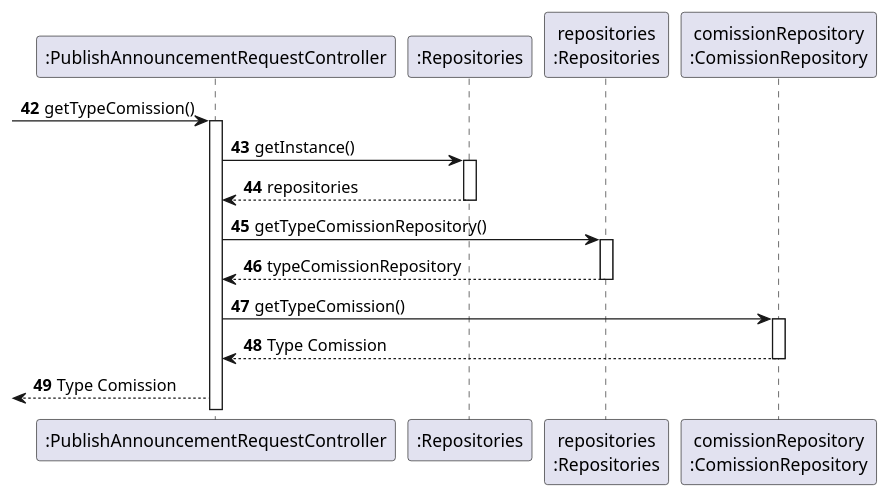
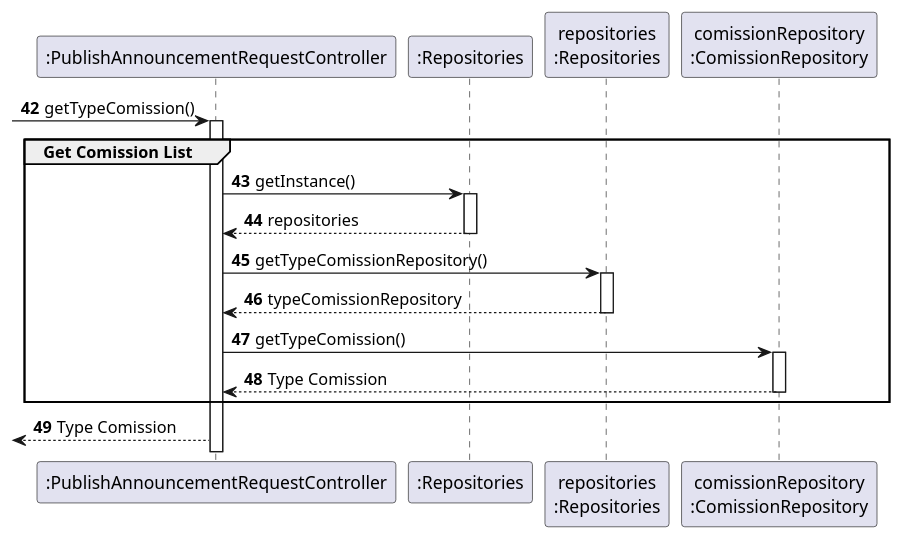
Before and after one commit to PureNimble/ISEP-LAPR2: the diagram in docs/sprintC/US08/03.design/puml/us08-sequence-diagram-partial-getComissionList.puml, drawn with PlantUML. The commit also changed 8 other files, not shown here.

Commit message:
US08-Updating the partial diagrams and adding the rest of the partial diagrams correcting names of the us08-system-diagram.puml to us08-system-diagram-full.puml and us08-system-diagram-full.puml to us08-system-diagram-split.puml

```diff
--- a/docs/sprintC/US08/03.design/puml/us08-sequence-diagram-partial-getComissionList.puml
+++ b/docs/sprintC/US08/03.design/puml/us08-sequence-diagram-partial-getComissionList.puml
@@ -1,35 +1,42 @@
 @startuml
 'https://plantuml.com/sequence-diagram
 
 participant ":PublishAnnouncementRequestController" as PublishAnnouncementRequestController
 participant ":Repositories" as Singleton
 participant "repositories\n:Repositories" as repositories
 participant "comissionRepository\n:ComissionRepository" as ComissionRepository
 
 
 autonumber 42
 
+
+
  -> PublishAnnouncementRequestController : getTypeComission()
+
+           Group  Get Comission List
+
            activate PublishAnnouncementRequestController
 
            PublishAnnouncementRequestController -> Singleton : getInstance()
            activate Singleton
 
            Singleton --> PublishAnnouncementRequestController : repositories
            deactivate Singleton
 
            PublishAnnouncementRequestController -> repositories : getTypeComissionRepository()
            activate repositories
 
            repositories --> PublishAnnouncementRequestController : typeComissionRepository
            deactivate repositories
 
                PublishAnnouncementRequestController -> ComissionRepository : getTypeComission()
                 activate ComissionRepository
 
                 ComissionRepository --> PublishAnnouncementRequestController : Type Comission
                 deactivate ComissionRepository
 
+end
+
    <-- PublishAnnouncementRequestController  : Type Comission
 
 @enduml
```
